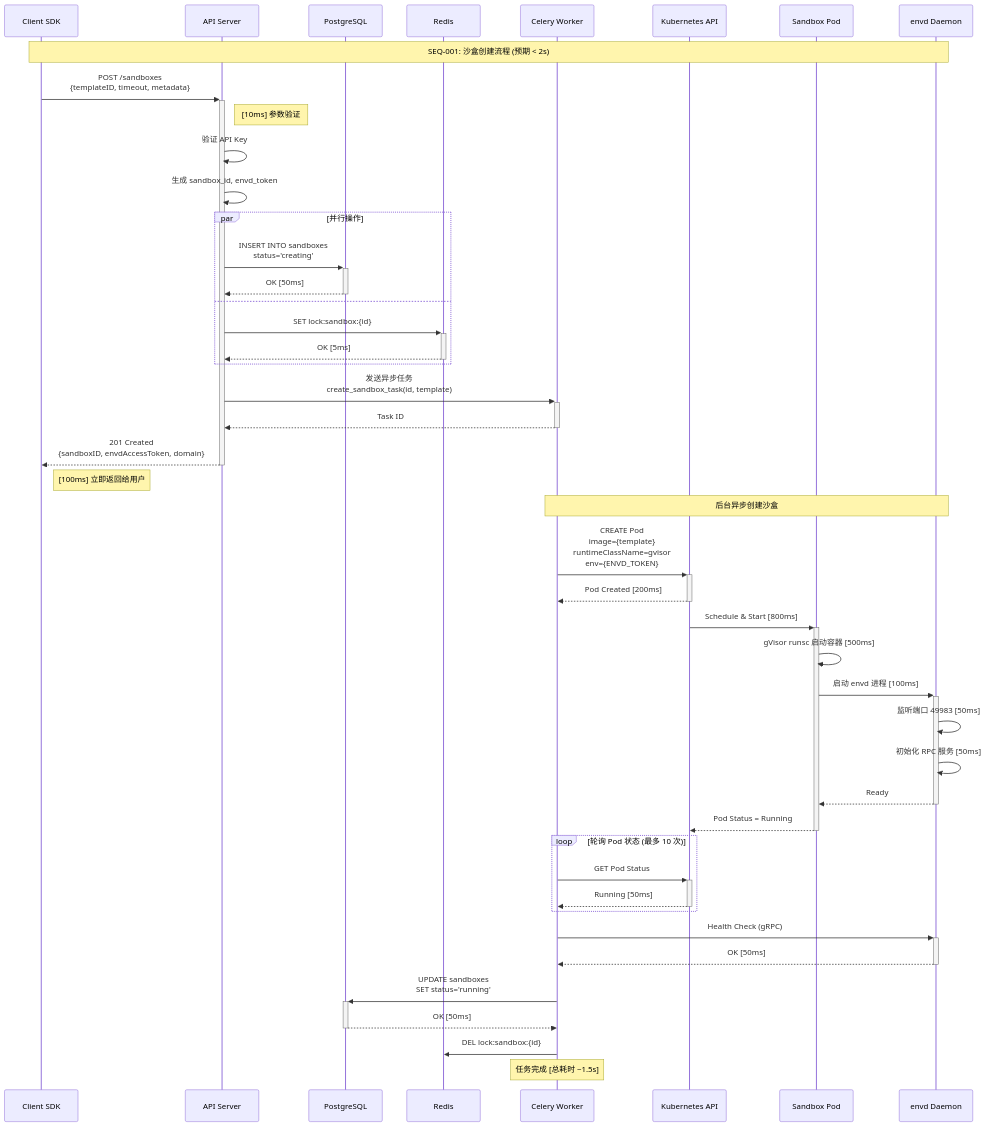
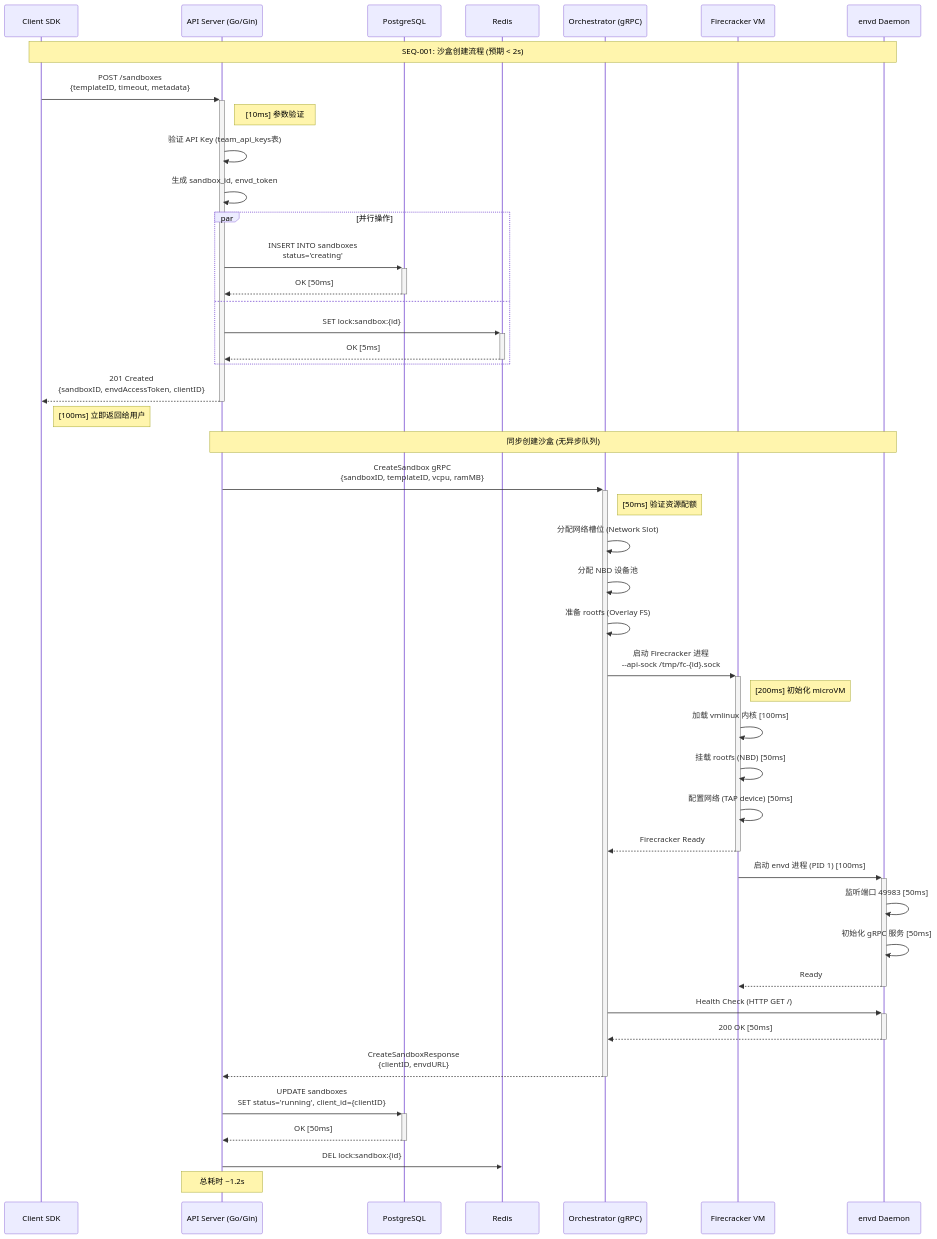
Before and after one commit to jackzhang1314/AdNegator: the first of 14 diagrams in docs/design/L3.1-sequence-diagram-design.md, drawn with Mermaid. The commit also changed other lines of this file, not shown here.

First line of the commit message:
docs(L3.1): MAJOR REWRITE - migrate to E2B Go architecture

````diff
--- a/docs/design/L3.1-sequence-diagram-design.md
+++ b/docs/design/L3.1-sequence-diagram-design.md
@@ -75,63 +90,63 @@
 ```mermaid
 sequenceDiagram
     participant Client as Client SDK
-    participant API as API Server
+    participant API as API Server (Go/Gin)
     participant DB as PostgreSQL
     participant Redis as Redis
-    participant Celery as Celery Worker
-    participant K8s as Kubernetes API
-    participant Pod as Sandbox Pod
+    participant Orch as Orchestrator (gRPC)
+    participant FC as Firecracker VM
     participant Envd as envd Daemon
 
     Note over Client,Envd: SEQ-001: 沙盒创建流程 (预期 < 2s)
 
     Client->>+API: POST /sandboxes<br/>{templateID, timeout, metadata}
     Note right of API: [10ms] 参数验证
 
-    API->>API: 验证 API Key
+    API->>API: 验证 API Key (team_api_keys表)
     API->>API: 生成 sandbox_id, envd_token
 
     par 并行操作
         API->>+DB: INSERT INTO sandboxes<br/>status='creating'
         DB-->>-API: OK [50ms]
     and
         API->>+Redis: SET lock:sandbox:{id}
         Redis-->>-API: OK [5ms]
     end
 
-    API->>+Celery: 发送异步任务<br/>create_sandbox_task(id, template)
-    Celery-->>-API: Task ID
-
-    API-->>-Client: 201 Created<br/>{sandboxID, envdAccessToken, domain}
+    API-->>-Client: 201 Created<br/>{sandboxID, envdAccessToken, clientID}
     Note right of Client: [100ms] 立即返回给用户
 
-    Note over Celery,Envd: 后台异步创建沙盒
+    Note over API,Envd: 同步创建沙盒 (无异步队列)
 
-    Celery->>+K8s: CREATE Pod<br/>image={template}<br/>runtimeClassName=gvisor<br/>env={ENVD_TOKEN}
-    K8s-->>-Celery: Pod Created [200ms]
+    API->>+Orch: CreateSandbox gRPC<br/>{sandboxID, templateID, vcpu, ramMB}
+    Note right of Orch: [50ms] 验证资源配额
 
-    K8s->>+Pod: Schedule & Start [800ms]
+    Orch->>Orch: 分配网络槽位 (Network Slot)
+    Orch->>Orch: 分配 NBD 设备池
+    Orch->>Orch: 准备 rootfs (Overlay FS)
 
-    Pod->>Pod: gVisor runsc 启动容器 [500ms]
-    Pod->>+Envd: 启动 envd 进程 [100ms]
+    Orch->>+FC: 启动 Firecracker 进程<br/>--api-sock /tmp/fc-{id}.sock
+    Note right of FC: [200ms] 初始化 microVM
+
+    FC->>FC: 加载 vmlinux 内核 [100ms]
+    FC->>FC: 挂载 rootfs (NBD) [50ms]
+    FC->>FC: 配置网络 (TAP device) [50ms]
+    FC-->>-Orch: Firecracker Ready
+
+    FC->>+Envd: 启动 envd 进程 (PID 1) [100ms]
     Envd->>Envd: 监听端口 49983 [50ms]
-    Envd->>Envd: 初始化 RPC 服务 [50ms]
-    Envd-->>-Pod: Ready
+    Envd->>Envd: 初始化 gRPC 服务 [50ms]
+    Envd-->>-FC: Ready
 
-    Pod-->>-K8s: Pod Status = Running
+    Orch->>+Envd: Health Check (HTTP GET /)
+    Envd-->>-Orch: 200 OK [50ms]
 
-    loop 轮询 Pod 状态 (最多 10 次)
-        Celery->>+K8s: GET Pod Status
-        K8s-->>-Celery: Running [50ms]
-    end
+    Orch-->>-API: CreateSandboxResponse<br/>{clientID, envdURL}
 
-    Celery->>+Envd: Health Check (gRPC)
-    Envd-->>-Celery: OK [50ms]
+    API->>+DB: UPDATE sandboxes<br/>SET status='running', client_id={clientID}
+    DB-->>-API: OK [50ms]
 
-    Celery->>+DB: UPDATE sandboxes<br/>SET status='running'
-    DB-->>-Celery: OK [50ms]
+    API->>Redis: DEL lock:sandbox:{id}
 
-    Celery->>Redis: DEL lock:sandbox:{id}
-
-    Note over Celery: 任务完成 [总耗时 ~1.5s]
+    Note over API: 总耗时 ~1.2s
 ```
````
